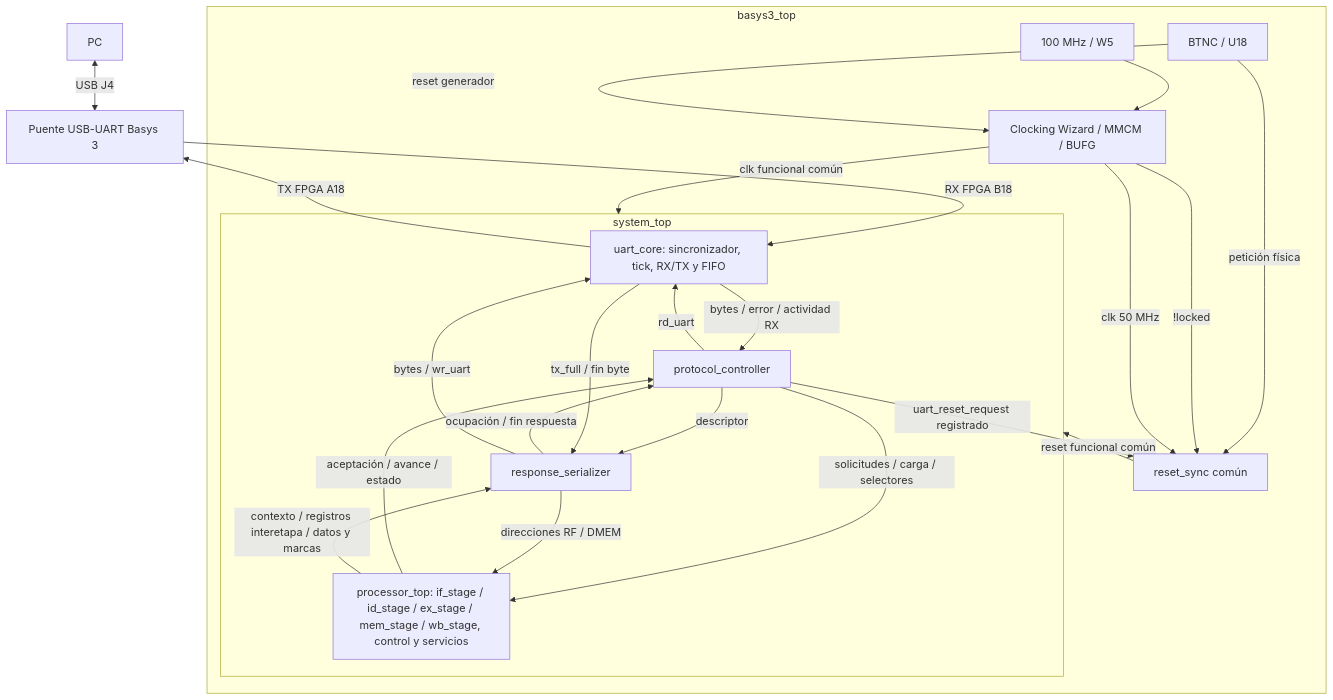
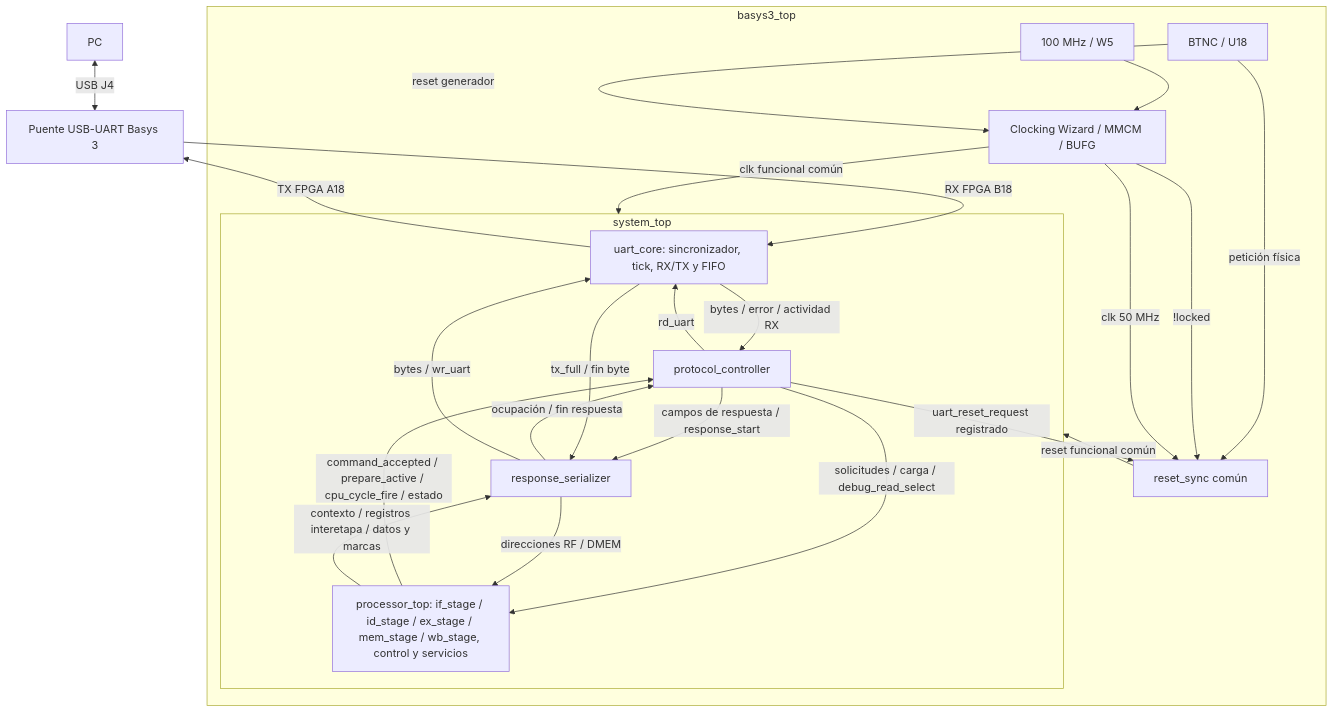
The second of 2 diagrams in tp3/docs/architecture/system_composition.md (FrancoPerotti/computer-architecture-tps), drawn with Mermaid before and after one commit. The commit also changed other lines of this file and 49 other files, not shown here.

````diff
--- a/tp3/docs/architecture/system_composition.md
+++ b/tp3/docs/architecture/system_composition.md
@@ -283,35 +290,35 @@
 ```mermaid
 flowchart TD
     PCAPP["PC"] <-->|"USB J4"| BRIDGE["Puente USB-UART Basys 3"]
     subgraph BOARD["basys3_top"]
         CLOCK["Clocking Wizard / MMCM / BUFG"]
         RST["reset_sync común"]
         BUTTON["BTNC / U18"]
         OSC["100 MHz / W5"] --> CLOCK
         BUTTON -->|"reset generador"| CLOCK
         BUTTON -->|"petición física"| RST
         CLOCK -->|"!locked"| RST
         CLOCK -->|"clk 50 MHz"| RST
         subgraph SYS["system_top"]
             UART["uart_core: sincronizador, tick, RX/TX y FIFO"]
             CTRL["protocol_controller"]
             SER["response_serializer"]
             CPU["processor_top: if_stage / id_stage / ex_stage / mem_stage / wb_stage, control y servicios"]
             UART -->|"bytes / error / actividad RX"| CTRL
             CTRL -->|"rd_uart"| UART
-            CTRL -->|"descriptor"| SER
+            CTRL -->|"campos de respuesta / response_start"| SER
             SER -->|"ocupación / fin respuesta"| CTRL
             SER -->|"bytes / wr_uart"| UART
             UART -->|"tx_full / fin byte"| SER
-            CTRL -->|"solicitudes / carga / selectores"| CPU
-            CPU -->|"aceptación / avance / estado"| CTRL
+            CTRL -->|"solicitudes / carga / debug_read_select"| CPU
+            CPU -->|"command_accepted / prepare_active / cpu_cycle_fire / estado"| CTRL
             SER -->|"direcciones RF / DMEM"| CPU
             CPU -->|"contexto / registros interetapa / datos y marcas"| SER
         end
         CLOCK -->|"clk funcional común"| SYS
         RST -->|"reset funcional común"| SYS
         CTRL -->|"uart_reset_request registrado"| RST
     end
     BRIDGE -->|"RX FPGA B18"| UART
     UART -->|"TX FPGA A18"| BRIDGE
 ```
````
